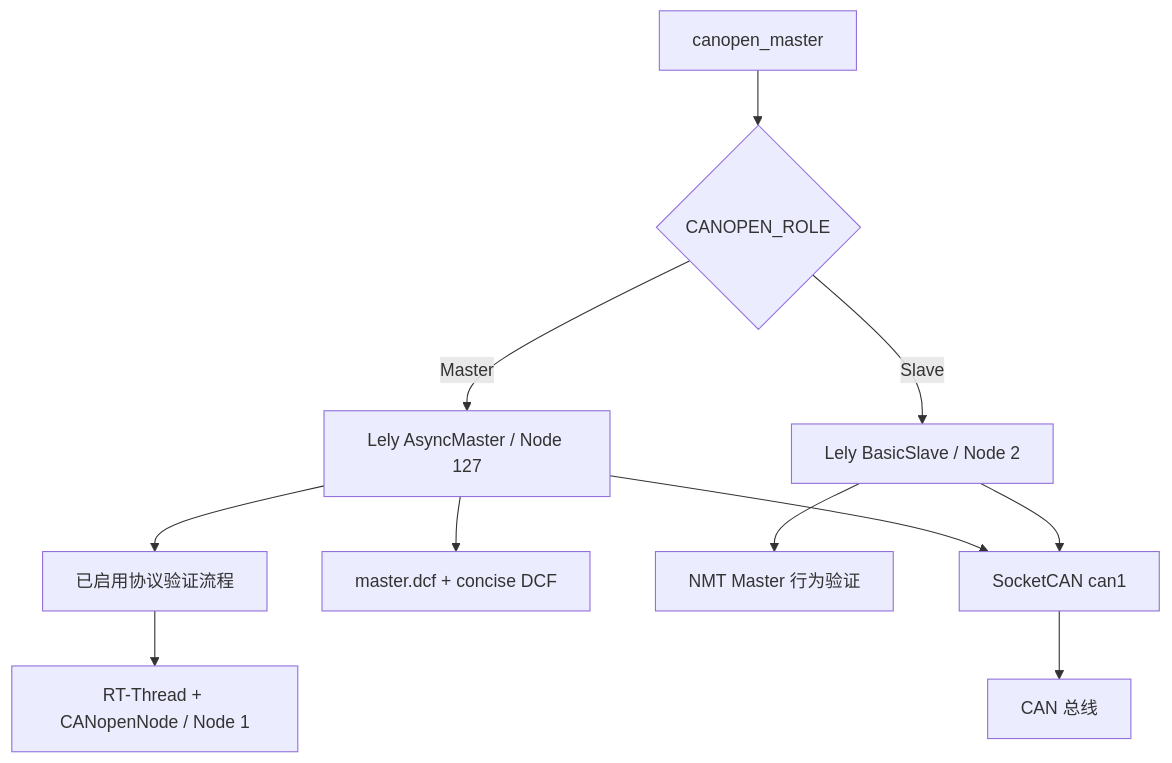
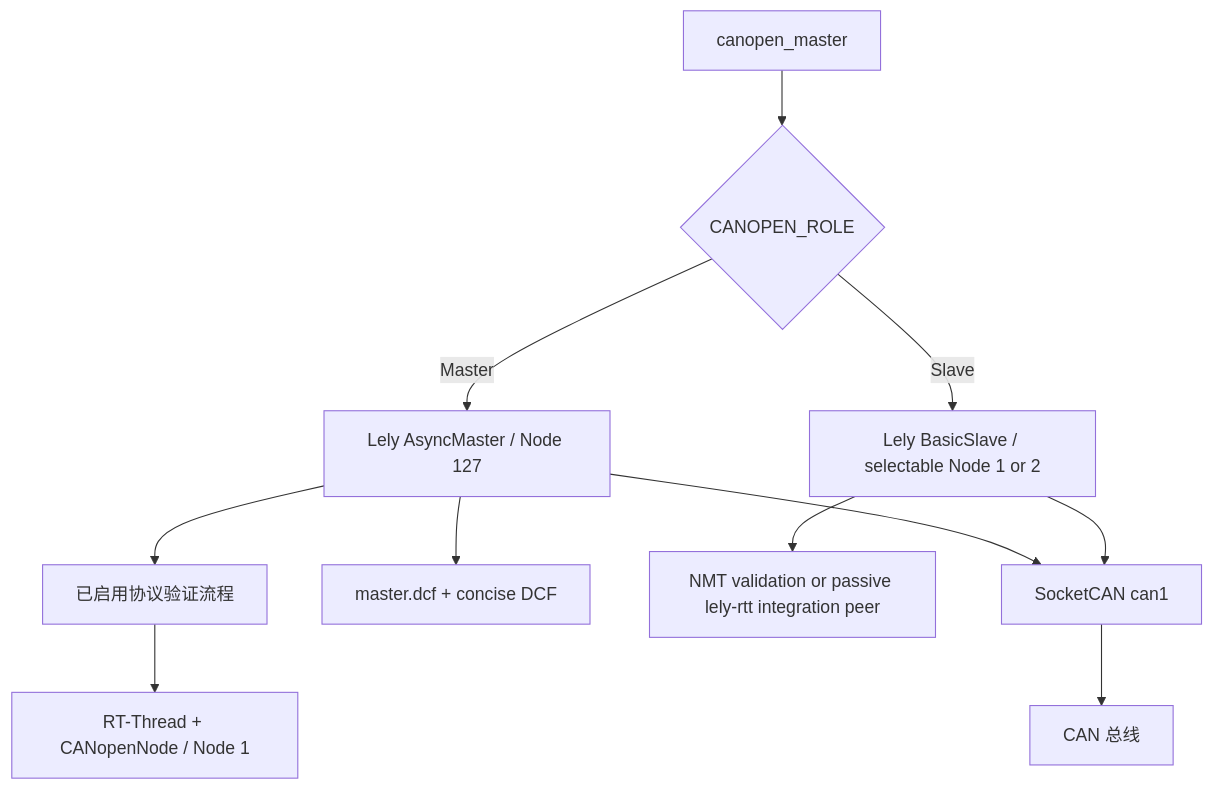
One commit to wdfk-prog/canopen-slave-tester changed the diagram in README.zh-CN.md. Above: the diagram before and after it, drawn with Mermaid. The commit also changed other lines of this file and 23 other files, not shown here.

First line of the commit message:
test[canopen][nmt]: add lely-rtt B4 slave peer profile

````diff
--- a/README.zh-CN.md
+++ b/README.zh-CN.md
@@ -53,13 +53,13 @@
 ```mermaid
 flowchart TD
     App[canopen_master] --> Role{CANOPEN_ROLE}
     Role -->|Master| Master[Lely AsyncMaster / Node 127]
-    Role -->|Slave| Peer[Lely BasicSlave / Node 2]
+    Role -->|Slave| Peer[Lely BasicSlave / selectable Node 1 or 2]
     Master --> Processes[已启用协议验证流程]
     Master --> DCF[master.dcf + concise DCF]
-    Peer --> NMT[NMT Master 行为验证]
+    Peer --> NMT[NMT validation or passive lely-rtt integration peer]
     Processes --> MCU[RT-Thread + CANopenNode / Node 1]
     Master --> CAN[SocketCAN can1]
     Peer --> CAN
     CAN --> Bus[CAN 总线]
 ```
````
